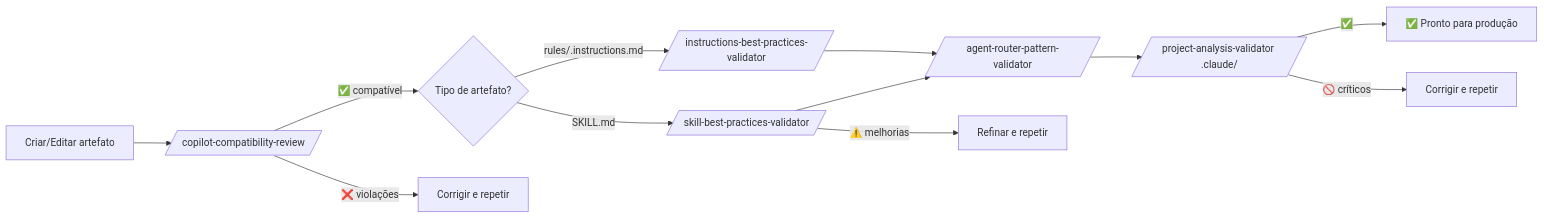
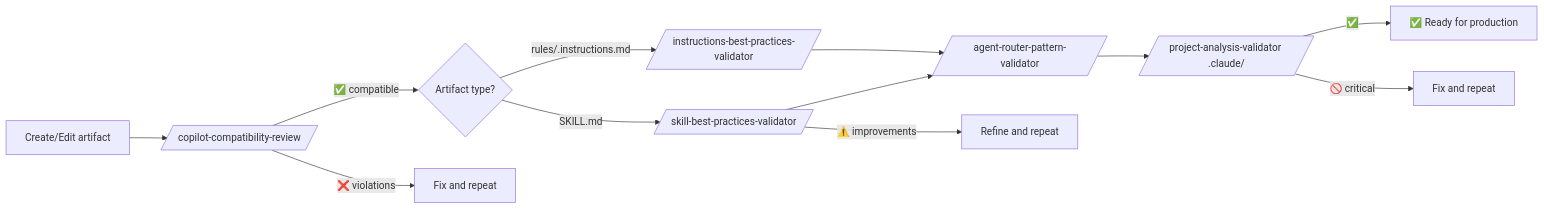
The diagram in docs/manual/quality-validator.md (rodrigo-mendes/agents-factory), drawn with Mermaid before and after one commit. The commit also changed other lines of this file and 70 other files, not shown here.

````diff
--- a/docs/manual/quality-validator.md
+++ b/docs/manual/quality-validator.md
@@ -340,14 +340,14 @@
 ```mermaid
 graph LR
-    A[Criar/Editar artefato] --> B[/copilot-compatibility-review/]
-    B -->|✅ compatível| C{Tipo de artefato?}
+    A[Create/Edit artifact] --> B[/copilot-compatibility-review/]
+    B -->|✅ compatible| C{Artifact type?}
     C -->|SKILL.md| D[/skill-best-practices-validator/]
     C -->|rules/.instructions.md| E[/instructions-best-practices-validator/]
     D --> F[/agent-router-pattern-validator/]
     E --> F
     F --> G[/project-analysis-validator .claude//]
-    G -->|✅| H[✅ Pronto para produção]
-    B -->|❌ violações| FIX1[Corrigir e repetir]
-    D -->|⚠️ melhorias| FIX2[Refinar e repetir]
-    G -->|🚫 críticos| FIX3[Corrigir e repetir]
+    G -->|✅| H[✅ Ready for production]
+    B -->|❌ violations| FIX1[Fix and repeat]
+    D -->|⚠️ improvements| FIX2[Refine and repeat]
+    G -->|🚫 critical| FIX3[Fix and repeat]
 ```
````
